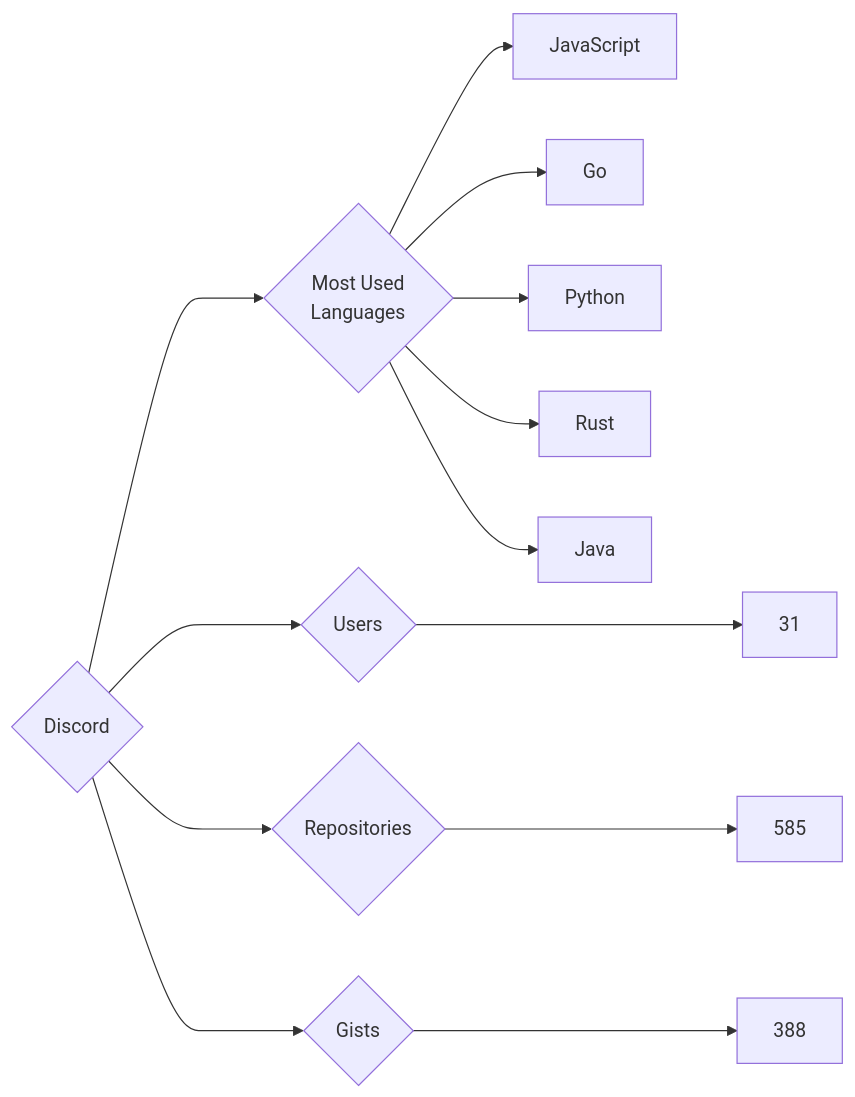
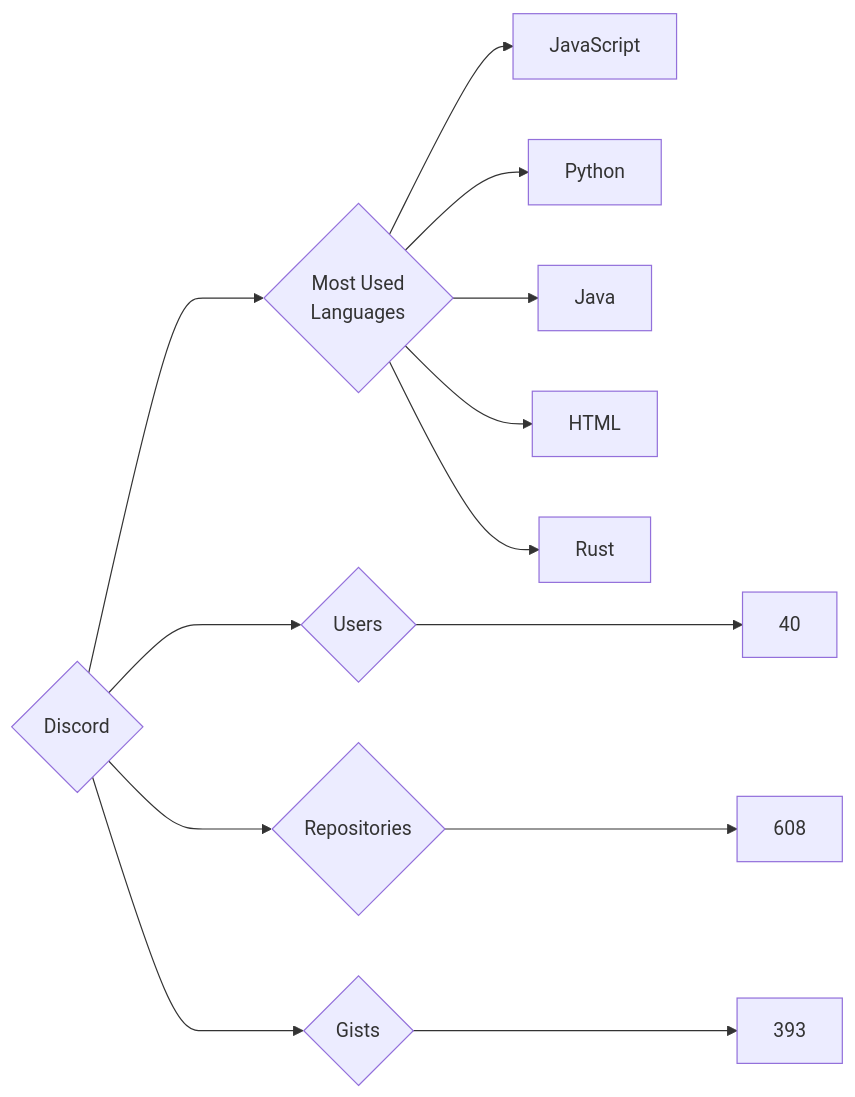
The diagram in targets/Discord/README.md (trickest/insiders), drawn with Mermaid before and after one commit. The commit also changed 882 other files, not shown here.

````diff
--- a/targets/Discord/README.md
+++ b/targets/Discord/README.md
@@ -3,13 +3,13 @@
 ```mermaid
 graph LR
 COMPANY_NAME{Discord}
-COMPANY_NAME ---> U{Users} ---> UN[31]
-COMPANY_NAME ---> R{Repositories} ---> RN[585]
-COMPANY_NAME ---> G{Gists} ---> GN[388]
+COMPANY_NAME ---> U{Users} ---> UN[40]
+COMPANY_NAME ---> R{Repositories} ---> RN[608]
+COMPANY_NAME ---> G{Gists} ---> GN[393]
 COMPANY_NAME ---> ML{Most Used<br>Languages}
 ML --> JavaScript[JavaScript]
-ML --> Go[Go]
 ML --> Python[Python]
+ML --> Java[Java]
+ML --> HTML[HTML]
 ML --> Rust[Rust]
-ML --> Java[Java]
 ```
````
